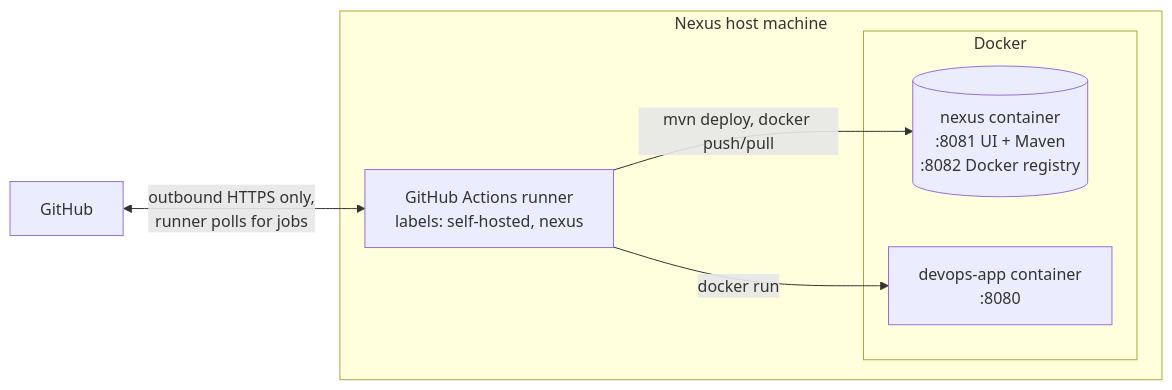
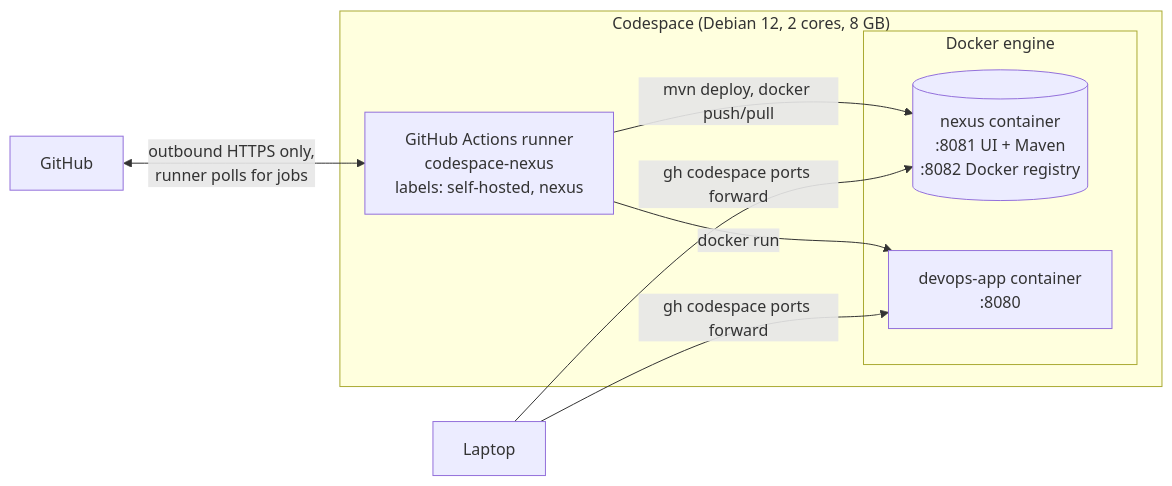
One commit to manaymehta/devops-nexus-pipeline changed the diagram in docs/SETUP.md. Above: the diagram before and after it, drawn with Mermaid. The commit also changed other lines of this file and 5 other files, not shown here.

Commit message:
docs: codespace host, verified release/deploy/rollback, current state; skip Nexus setup test on tags

````diff
--- a/docs/SETUP.md
+++ b/docs/SETUP.md
@@ -13,13 +13,15 @@
 ```mermaid
 flowchart LR
-    subgraph host["Nexus host machine"]
-        runner["GitHub Actions runner<br/>labels: self-hosted, nexus"]
-        subgraph docker["Docker"]
+    subgraph cs["Codespace (Debian 12, 2 cores, 8 GB)"]
+        runner["GitHub Actions runner<br/>codespace-nexus<br/>labels: self-hosted, nexus"]
+        subgraph docker["Docker engine"]
             nexus[("nexus container<br/>:8081 UI + Maven<br/>:8082 Docker registry")]
             app["devops-app container<br/>:8080"]
         end
     end
     gh["GitHub"] <-- "outbound HTTPS only,<br/>runner polls for jobs" --> runner
     runner -- "mvn deploy, docker push/pull" --> nexus
     runner -- "docker run" --> app
+    laptop["Laptop"] -- "gh codespace ports forward" --> nexus
+    laptop -- "gh codespace ports forward" --> app
 ```
````
